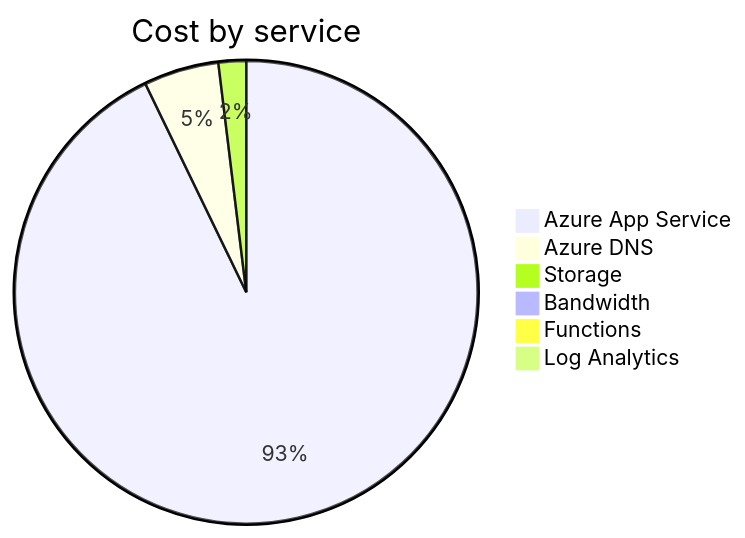
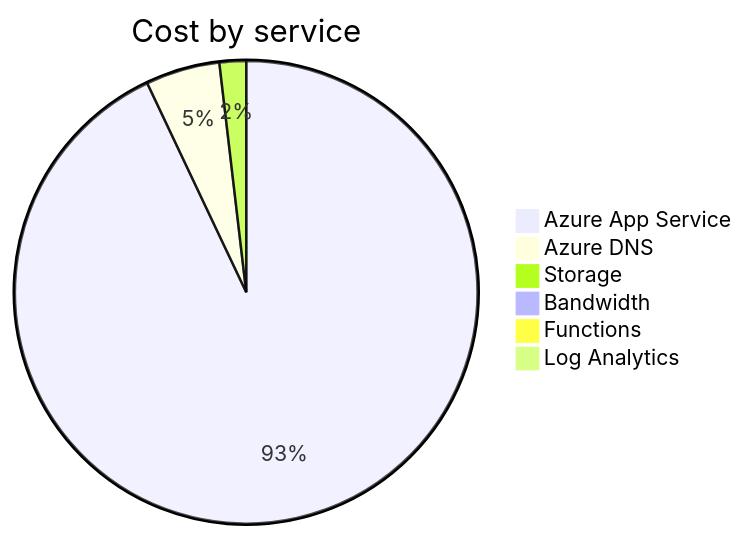
One commit to jpfulton/azure-personal-reports changed the second of 4 diagrams in cost-reports/accumulated-cost.md. Above: the diagram before and after it, drawn with Mermaid. The commit also changed other lines of this file and 4 other files, not shown here.

````diff
--- a/cost-reports/accumulated-cost.md
+++ b/cost-reports/accumulated-cost.md
@@ -98,10 +98,10 @@
 ```mermaid
 pie
    title Cost by service
-   "Azure App Service" : 6.73
-   "Azure DNS" : 0.38
+   "Azure App Service" : 7.00
+   "Azure DNS" : 0.39
    "Storage" : 0.14
    "Bandwidth" : 0.00
    "Functions" : 0.00
    "Log Analytics" : 0.00
 ```
````
